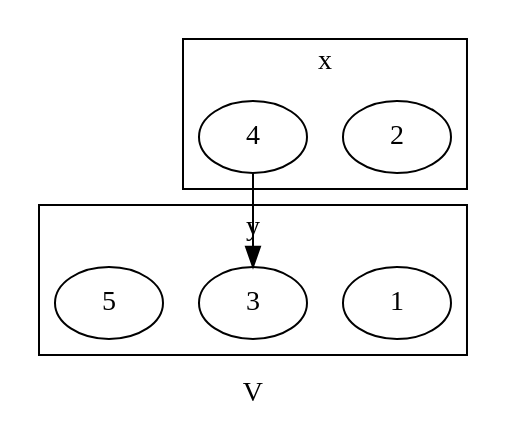
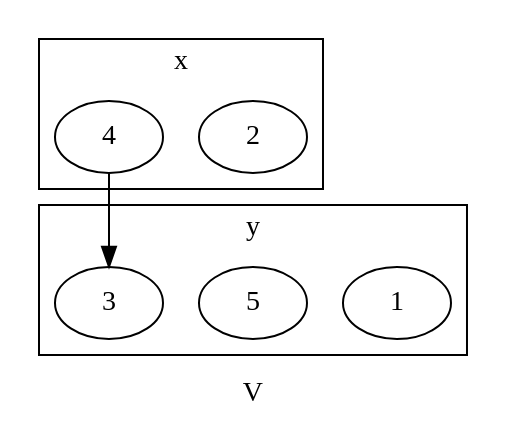
One commit to tnichols217/notes changed the third of 3 diagrams in CSDS 302 - Discrete Math/HW/1.md. Above: the diagram before and after it, drawn with Graphviz. The commit also changed other lines of this file, not shown here.

````diff
--- a/CSDS 302 - Discrete Math/HW/1.md
+++ b/CSDS 302 - Discrete Math/HW/1.md
@@ -187,19 +187,19 @@
 ```dot
 digraph {
 	label=V
 	subgraph {
 		label=x
 		cluster=true
 		a [label=2]
 		b [label=4]
 	}
 	subgraph {
 		label=y
 		cluster=true
 		A [label=1]
+		C [label=5]
 		B [label=3]
-		C [label=5]
 	}
 	b->B
 }
 ```
````
